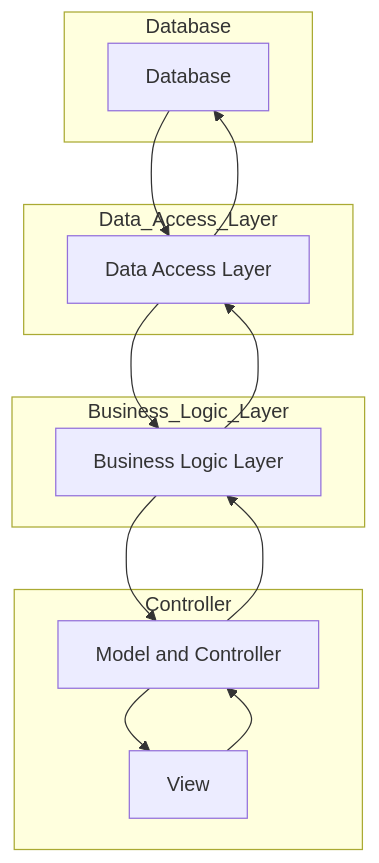
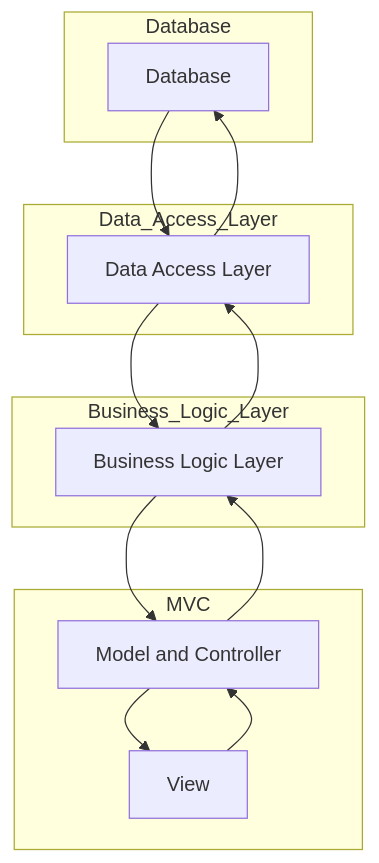
One commit to tamawy/StoreApp changed the second of 2 diagrams in README.md. Above: the diagram before and after it, drawn with Mermaid.

````diff
--- a/README.md
+++ b/README.md
@@ -32,30 +32,30 @@
 ```mermaid
 graph TD
     subgraph Database
         DB[Database]
     end
 
     subgraph Data_Access_Layer
         DAL[Data Access Layer]
     end
 
     subgraph Business_Logic_Layer
         BLL[Business Logic Layer]
     end
 
-    subgraph Controller
+    subgraph MVC
         MC[Model and Controller]
     end
-    subgraph Controller
+    subgraph MVC
         V[View]
     end
 
     DB --> DAL
     DAL --> DB
     DAL --> BLL
     BLL --> DAL
     BLL --> MC
     MC --> BLL
     V --> MC
     MC --> V
 ```
````
